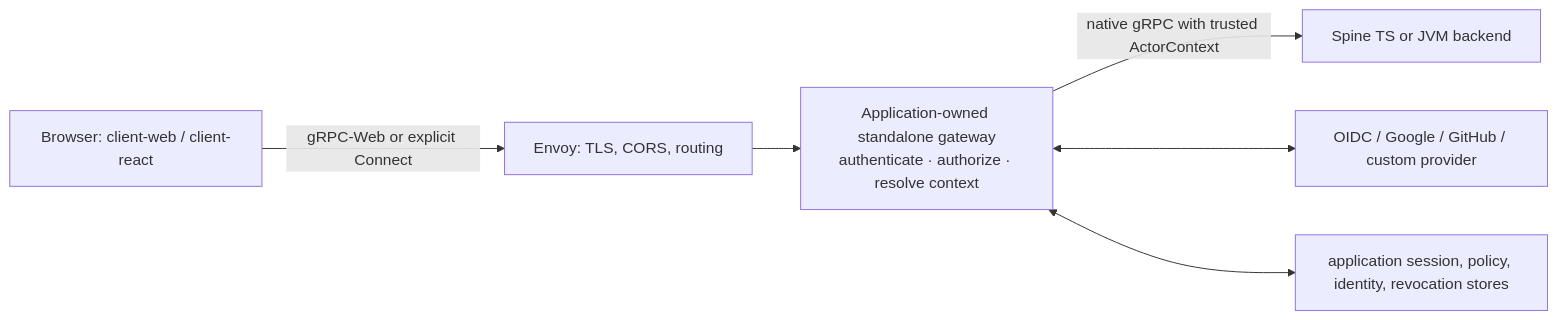
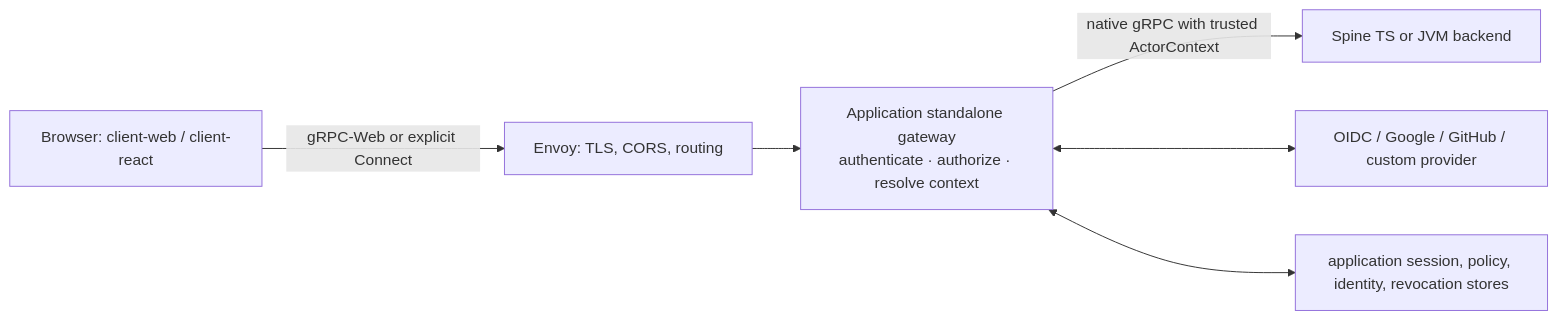
Before and after one commit to SpineEventEngine/spine-ts: the first of 4 diagrams in docs/BROWSER_CLIENT_AUTH_EXTENSION_GUIDE.md, drawn with Mermaid. The commit also changed other lines of this file and 72 other files, not shown here.

````diff
--- a/docs/BROWSER_CLIENT_AUTH_EXTENSION_GUIDE.md
+++ b/docs/BROWSER_CLIENT_AUTH_EXTENSION_GUIDE.md
@@ -25,8 +25,8 @@
 ```mermaid
 flowchart LR
   Browser["Browser: client-web / client-react"] -->|"gRPC-Web or explicit Connect"| Envoy
   Envoy["Envoy: TLS, CORS, routing"] --> Gateway
-  Gateway["Application-owned standalone gateway\nauthenticate · authorize · resolve context"] -->|"native gRPC with trusted ActorContext"| Backend["Spine TS or JVM backend"]
+  Gateway["Application standalone gateway\nauthenticate · authorize · resolve context"] -->|"native gRPC with trusted ActorContext"| Backend["Spine TS or JVM backend"]
   Gateway <--> IdP["OIDC / Google / GitHub / custom provider"]
   Gateway <--> Stores["application session, policy, identity, revocation stores"]
 ```
````
